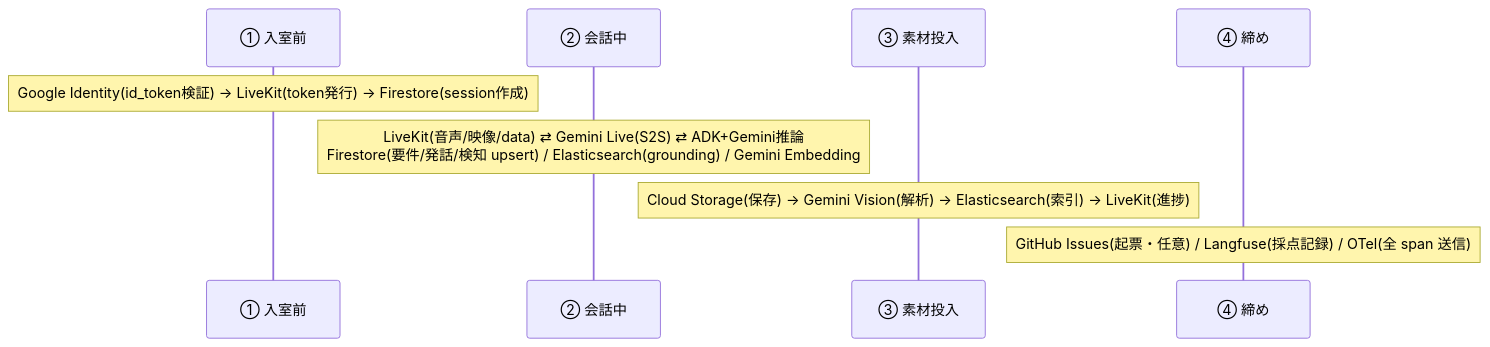
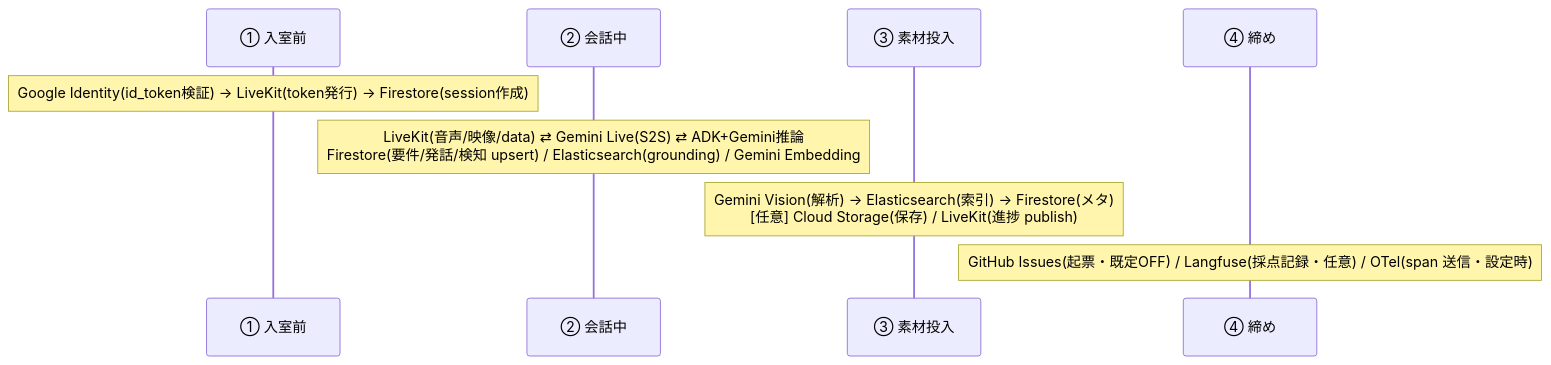
One commit to godhuu0505/sanba changed the seventh of 13 diagrams in docs/architecture-analysis.md. Above: the diagram before and after it, drawn with Mermaid. The commit also changed other lines of this file, not shown here.

````diff
--- a/docs/architecture-analysis.md
+++ b/docs/architecture-analysis.md
@@ -324,13 +327,13 @@
 ```mermaid
 sequenceDiagram
     autonumber
     participant Setup as ① 入室前
     participant Conv as ② 会話中
     participant Asset as ③ 素材投入
     participant Fin as ④ 締め
 
     Note over Setup: Google Identity(id_token検証) → LiveKit(token発行) → Firestore(session作成)
     Note over Conv: LiveKit(音声/映像/data) ⇄ Gemini Live(S2S) ⇄ ADK+Gemini推論<br/>Firestore(要件/発話/検知 upsert) / Elasticsearch(grounding) / Gemini Embedding
-    Note over Asset: Cloud Storage(保存) → Gemini Vision(解析) → Elasticsearch(索引) → LiveKit(進捗)
-    Note over Fin: GitHub Issues(起票・任意) / Langfuse(採点記録) / OTel(全 span 送信)
+    Note over Asset: Gemini Vision(解析) → Elasticsearch(索引) → Firestore(メタ)<br/>[任意] Cloud Storage(保存) / LiveKit(進捗 publish)
+    Note over Fin: GitHub Issues(起票・既定OFF) / Langfuse(採点記録・任意) / OTel(span 送信・設定時)
 ```
````
